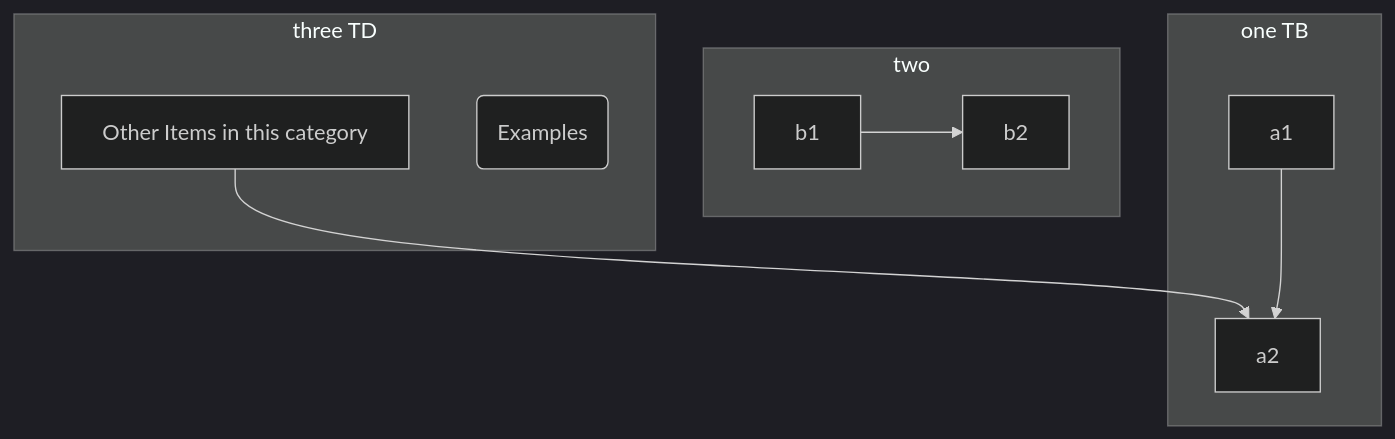
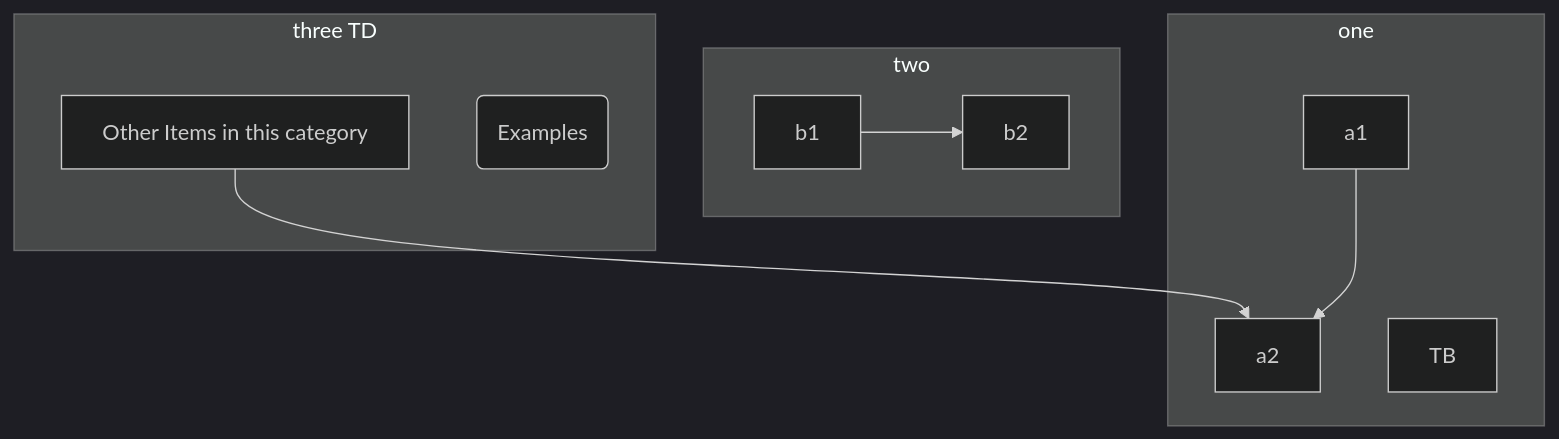
The diagram in slides.md (gerbssusd/dok), drawn with Mermaid (dark theme) before and after one commit.

````diff
--- a/slides.md
+++ b/slides.md
@@ -217,20 +217,21 @@
 ```mermaid
 flowchart TB
     c1-->a2
-    subgraph one TB
+    subgraph one 
+TB
     a1-->a2
     end
     subgraph two
     b1-->b2
     end
     subgraph three TD
     c1[Other Items in this category] 
     c2(Examples)
     end
 
 
 
 
 
 
 ```
````
